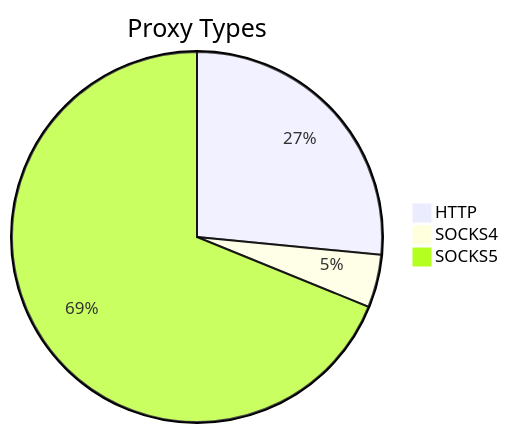
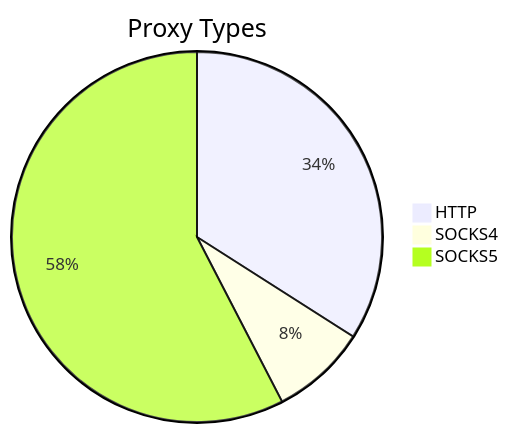
The first of 2 diagrams in README.md (stormsia/proxy-list), drawn with Mermaid before and after one commit. The commit also changed other lines of this file, not shown here.

````diff
--- a/README.md
+++ b/README.md
@@ -21,6 +21,6 @@
 ```mermaid
 pie title Proxy Types
-    "HTTP" : 69
-    "SOCKS4" : 12
-    "SOCKS5" : 179
+    "HTTP" : 65
+    "SOCKS4" : 16
+    "SOCKS5" : 110
 ```
````
